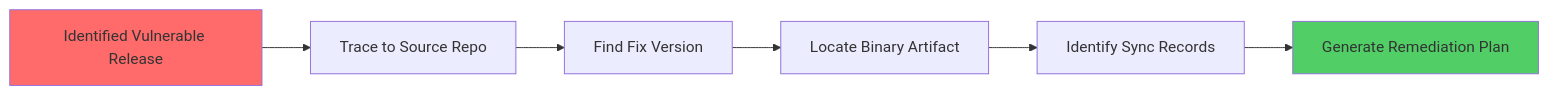
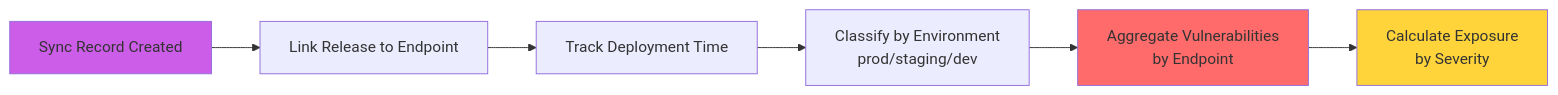
Before and after one commit to ortelius/cve2release-tracker: the third of 16 diagrams in design.md, drawn with Mermaid. The commit also changed other lines of this file and 1 other file, not shown here.

````diff
--- a/design.md
+++ b/design.md
@@ -164,11 +211,12 @@
 ```mermaid
 flowchart LR
-    A[Identified Vulnerable Release] --> B[Trace to Source Repo]
-    B --> C[Find Fix Version]
-    C --> D[Locate Binary Artifact]
-    D --> E[Identify Sync Records]
-    E --> F[Generate Remediation Plan]
+    A[Sync Record Created] --> B[Link Release to Endpoint]
+    B --> C[Track Deployment Time]
+    C --> D[Classify by Environment<br/>prod/staging/dev]
+    D --> E[Aggregate Vulnerabilities<br/>by Endpoint]
+    E --> F[Calculate Exposure<br/>by Severity]
     
-    style A fill:#ff6b6b
-    style F fill:#51cf66
+    style A fill:#cc5de8
+    style E fill:#ff6b6b
+    style F fill:#ffd43b
 ```
````
